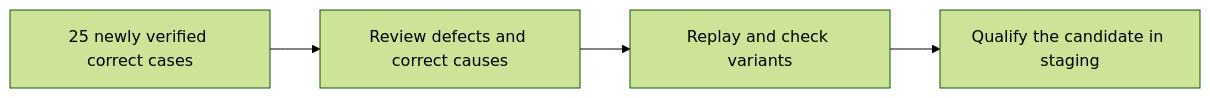
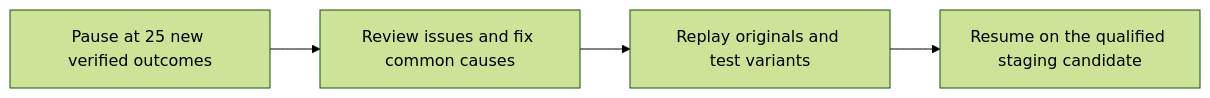
The second of 3 diagrams in docs/TESTING.md (EG2025-lab/sophia-pharmacy), drawn with Mermaid (forest theme) before and after one commit. The commit also changed other lines of this file and 4 other files, not shown here.

````diff
--- a/docs/TESTING.md
+++ b/docs/TESTING.md
@@ -18,6 +18,6 @@
 ```mermaid
 flowchart LR
-    verified[25 newly verified correct cases] --> causes[Review defects and correct causes]
-    causes --> variants[Replay and check variants]
-    variants --> staging[Qualify the candidate in staging]
+    verified[Pause at 25 new verified outcomes] --> causes[Review issues and fix common causes]
+    causes --> variants[Replay originals and test variants]
+    variants --> staging[Resume on the qualified staging candidate]
 ```
````
